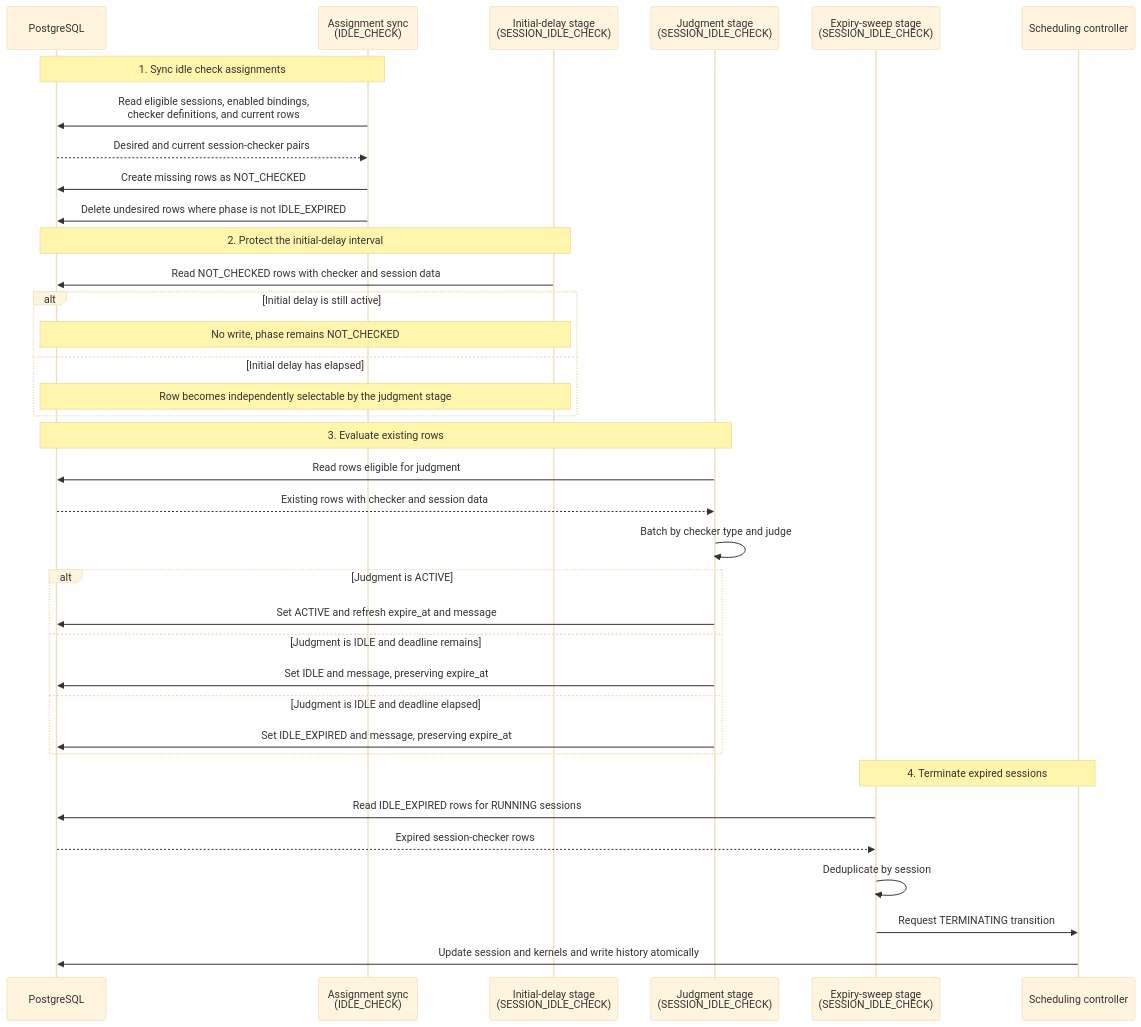
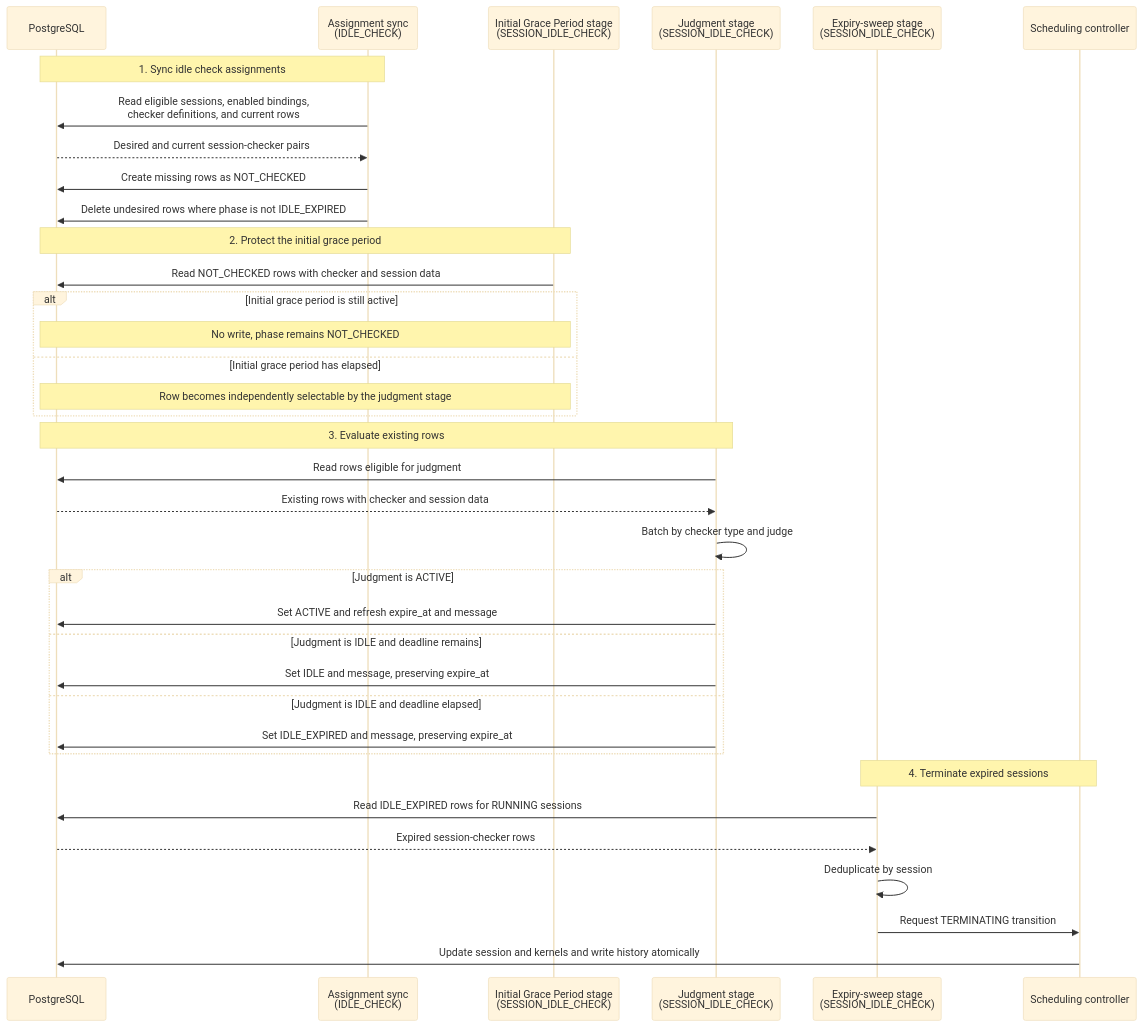
Before and after one commit to lablup/backend.ai: the second of 2 diagrams in proposals/BEP-1054-reconciler-based-idle-checker.md, drawn with Mermaid (base theme). The commit also changed other lines of this file and 1 other file, not shown here.

Commit message:
doc(BA-6968): rename initial grace period stage

````diff
--- a/proposals/BEP-1054-reconciler-based-idle-checker.md
+++ b/proposals/BEP-1054-reconciler-based-idle-checker.md
@@ -330,42 +330,42 @@
 ```mermaid
 sequenceDiagram
     participant DB as PostgreSQL
     participant Assignment as Assignment sync<br/>(IDLE_CHECK)
-    participant Delay as Initial-delay stage<br/>(SESSION_IDLE_CHECK)
+    participant Grace as Initial Grace Period stage<br/>(SESSION_IDLE_CHECK)
     participant Judgment as Judgment stage<br/>(SESSION_IDLE_CHECK)
     participant Sweep as Expiry-sweep stage<br/>(SESSION_IDLE_CHECK)
     participant Scheduler as Scheduling controller
 
     Note over DB,Assignment: 1. Sync idle check assignments
     Assignment->>DB: Read eligible sessions, enabled bindings,<br/>checker definitions, and current rows
     DB-->>Assignment: Desired and current session-checker pairs
     Assignment->>DB: Create missing rows as NOT_CHECKED
     Assignment->>DB: Delete undesired rows where phase is not IDLE_EXPIRED
 
-    Note over DB,Delay: 2. Protect the initial-delay interval
-    Delay->>DB: Read NOT_CHECKED rows with checker and session data
-    alt Initial delay is still active
-        Note over DB,Delay: No write, phase remains NOT_CHECKED
-    else Initial delay has elapsed
-        Note over DB,Delay: Row becomes independently selectable by the judgment stage
+    Note over DB,Grace: 2. Protect the initial grace period
+    Grace->>DB: Read NOT_CHECKED rows with checker and session data
+    alt Initial grace period is still active
+        Note over DB,Grace: No write, phase remains NOT_CHECKED
+    else Initial grace period has elapsed
+        Note over DB,Grace: Row becomes independently selectable by the judgment stage
     end
 
     Note over DB,Judgment: 3. Evaluate existing rows
     Judgment->>DB: Read rows eligible for judgment
     DB-->>Judgment: Existing rows with checker and session data
     Judgment->>Judgment: Batch by checker type and judge
     alt Judgment is ACTIVE
         Judgment->>DB: Set ACTIVE and refresh expire_at and message
     else Judgment is IDLE and deadline remains
         Judgment->>DB: Set IDLE and message, preserving expire_at
     else Judgment is IDLE and deadline elapsed
         Judgment->>DB: Set IDLE_EXPIRED and message, preserving expire_at
     end
 
     Note over Sweep,Scheduler: 4. Terminate expired sessions
     Sweep->>DB: Read IDLE_EXPIRED rows for RUNNING sessions
     DB-->>Sweep: Expired session-checker rows
     Sweep->>Sweep: Deduplicate by session
     Sweep->>Scheduler: Request TERMINATING transition
     Scheduler->>DB: Update session and kernels and write history atomically
 ```
````
